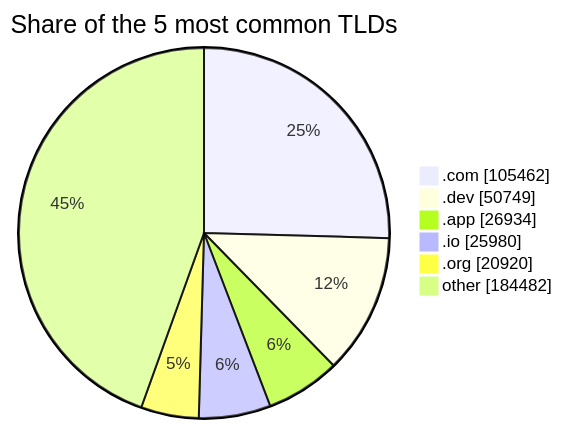
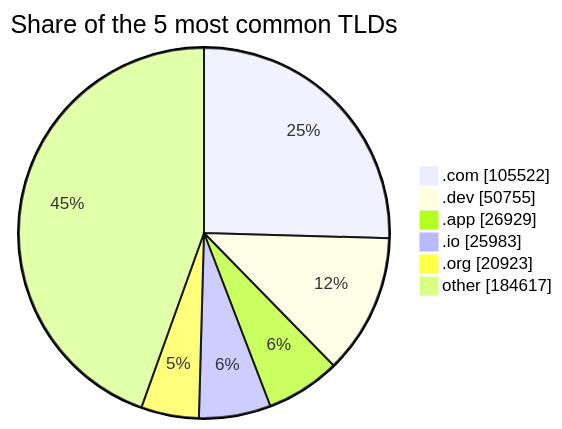
One commit to DNSBunker/CTI changed the third of 3 diagrams in README.md. Above: the diagram before and after it, drawn with Mermaid. The commit also changed other lines of this file and 3 other files, not shown here.

````diff
--- a/README.md
+++ b/README.md
@@ -81,9 +81,9 @@
 ```mermaid
 pie showData title Share of the 5 most common TLDs
-    ".com" : 105462
-    ".dev" : 50749
-    ".app" : 26934
-    ".io" : 25980
-    ".org" : 20920
-    "other" : 184482
+    ".com" : 105522
+    ".dev" : 50755
+    ".app" : 26929
+    ".io" : 25983
+    ".org" : 20923
+    "other" : 184617
 ```
````
